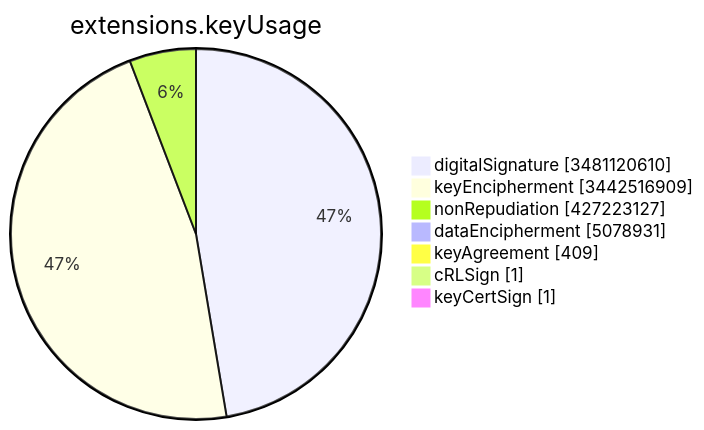
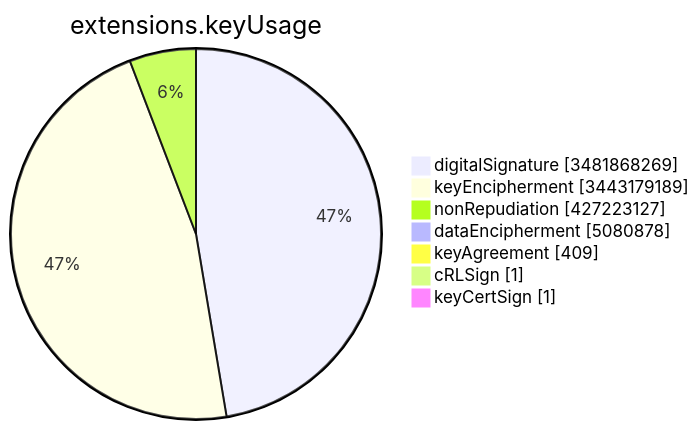
Before and after one commit to christiankrug/ctmonitor_visualization: the sixth of 15 diagrams in TOTAL/README.md, drawn with Mermaid. The commit also changed other lines of this file, not shown here.

````diff
--- a/TOTAL/README.md
+++ b/TOTAL/README.md
@@ -3082,11 +3082,11 @@
 ```mermaid
 pie showData
 title extensions.keyUsage
-"digitalSignature" :3481120610
-"keyEncipherment" :3442516909
+"digitalSignature" :3481868269
+"keyEncipherment" :3443179189
 "nonRepudiation" :427223127
-"dataEncipherment" :5078931
+"dataEncipherment" :5080878
 "keyAgreement" :409
 "cRLSign" :1
 "keyCertSign" :1
 ```
````
